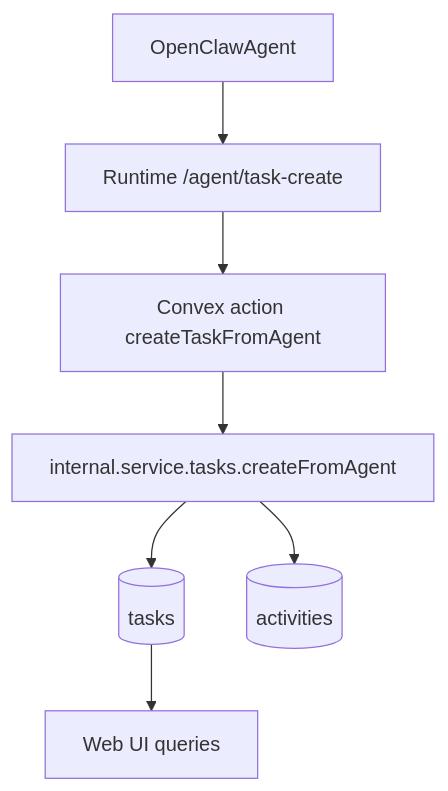
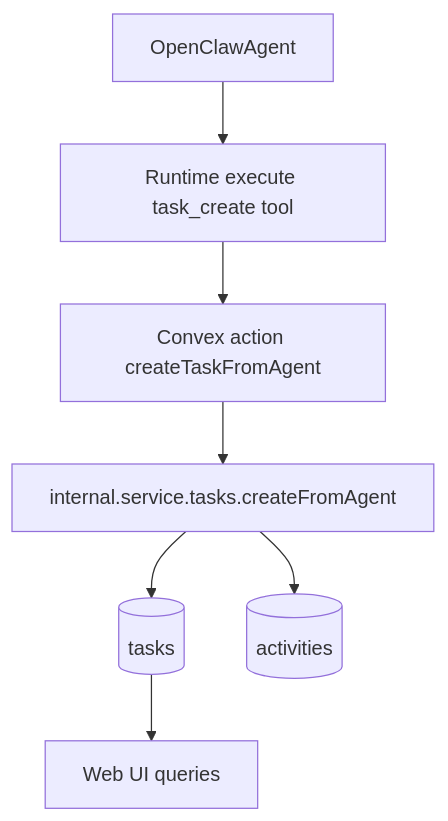
One commit to 0xGeegZ/openclaw-mission-control changed the diagram in .cursor/plans/agent-task-creation_decf130e.plan.md. Above: the diagram before and after it, drawn with Mermaid. The commit also changed other lines of this file and 2 other files, not shown here.

First line of the commit message:
feat(plans): add agent profile sync and task status tooling plans

````diff
--- a/.cursor/plans/agent-task-creation_decf130e.plan.md
+++ b/.cursor/plans/agent-task-creation_decf130e.plan.md
@@ -323,9 +328,9 @@
 ```mermaid
 flowchart TD
-  Agent[OpenClawAgent] --> RuntimeHealthTask["Runtime /agent/task-create"]
-  RuntimeHealthTask --> ServiceActionTask["Convex action createTaskFromAgent"]
+  Agent[OpenClawAgent] --> RuntimeToolExec["Runtime execute task_create tool"]
+  RuntimeToolExec --> ServiceActionTask["Convex action createTaskFromAgent"]
   ServiceActionTask --> InternalMutationTask["internal.service.tasks.createFromAgent"]
   InternalMutationTask --> TasksDB[(tasks)]
   InternalMutationTask --> ActivityDB[(activities)]
   TasksDB --> UI["Web UI queries"]
 ```
````
